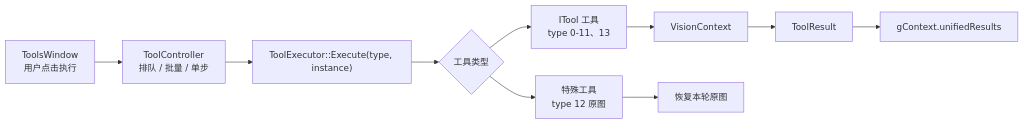
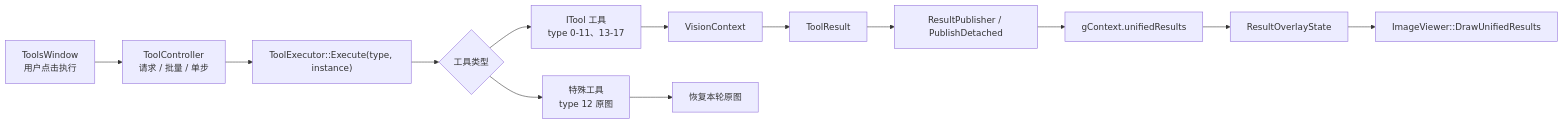
Before and after one commit to Jdkshen/IMgui_Opencv: the second of 2 diagrams in docs/CODE_STRUCTURE.md, drawn with Mermaid. The commit also changed other lines of this file and 62 other files, not shown here.

````diff
--- a/docs/CODE_STRUCTURE.md
+++ b/docs/CODE_STRUCTURE.md
@@ -420,12 +407,15 @@
 ```mermaid
 flowchart LR
-    A["ToolsWindow<br/>用户点击执行"] --> B["ToolController<br/>排队 / 批量 / 单步"]
+    A["ToolsWindow<br/>用户点击执行"] --> B["ToolController<br/>请求 / 批量 / 单步"]
     B --> C["ToolExecutor::Execute(type, instance)"]
     C --> D{"工具类型"}
     D --> E["特殊工具<br/>type 12 原图"]
-    D --> F["ITool 工具<br/>type 0-11、13"]
+    D --> F["ITool 工具<br/>type 0-11、13-17"]
     F --> G["VisionContext"]
     G --> H["ToolResult"]
     E --> I["恢复本轮原图"]
-    H --> J["gContext.unifiedResults"]
+    H --> J["ResultPublisher / PublishDetached"]
+    J --> K["gContext.unifiedResults"]
+    K --> L["ResultOverlayState"]
+    L --> M["ImageViewer::DrawUnifiedResults"]
 ```
````
